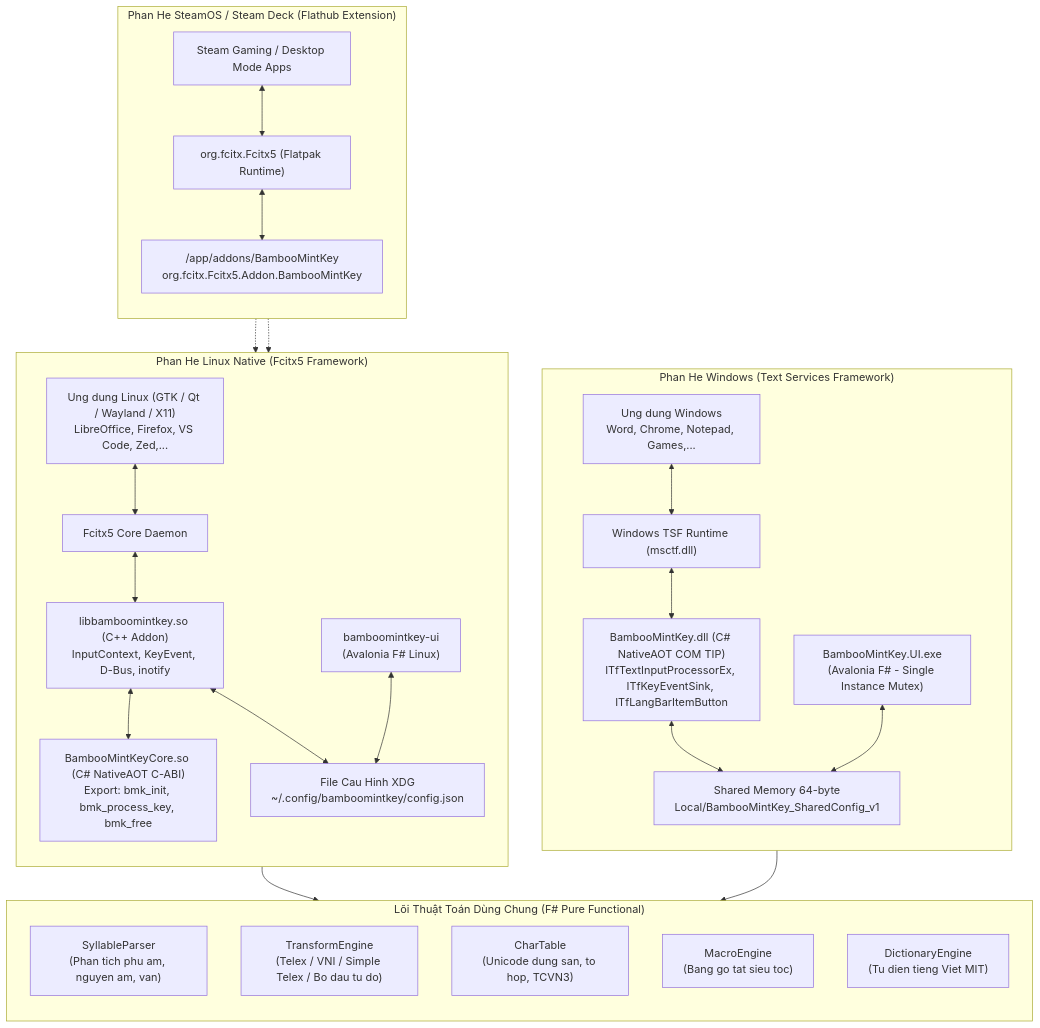
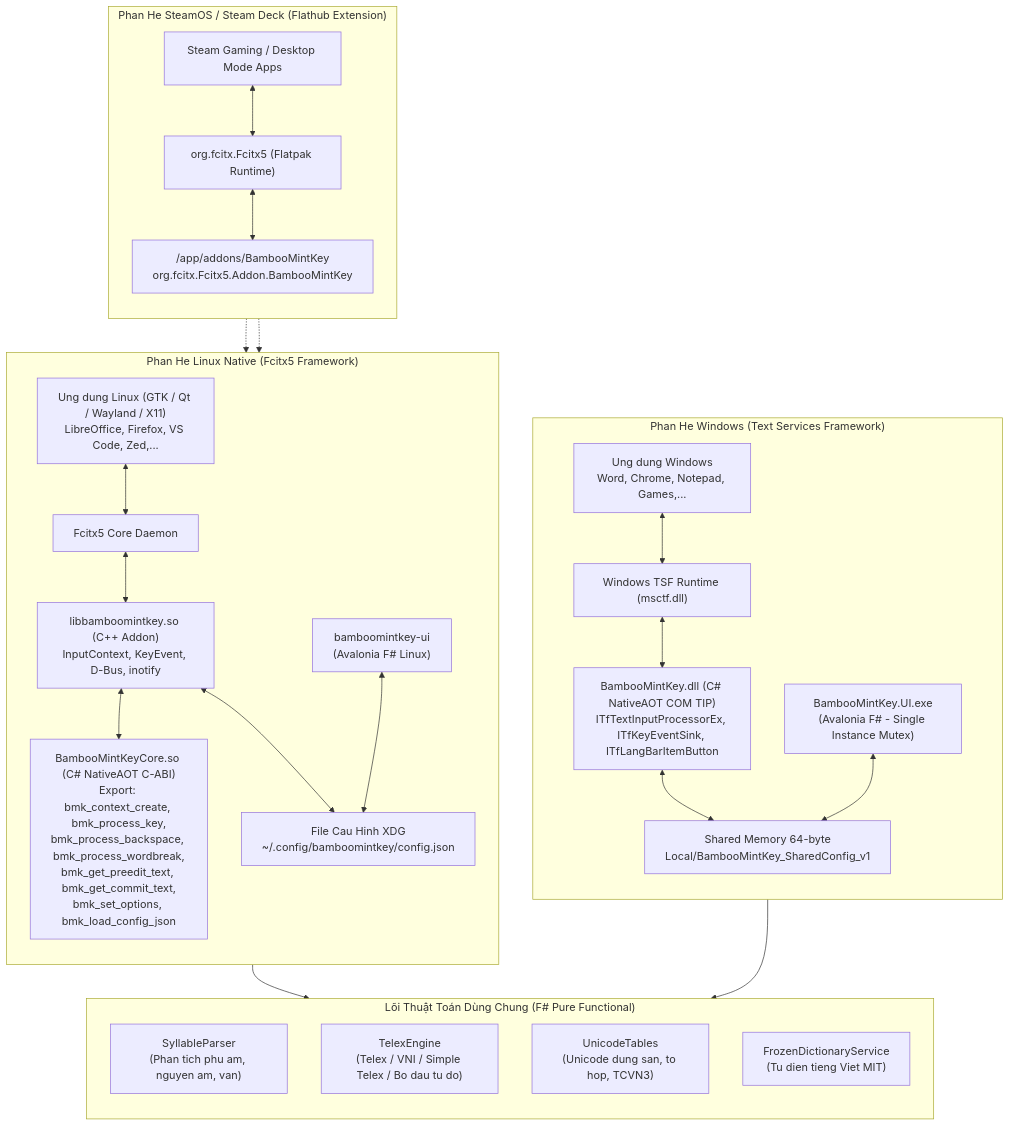
One commit to thatislg/BambooMintKey changed the first of 4 diagrams in docs/SYSTEM_ARCHITECTURE.md. Above: the diagram before and after it, drawn with Mermaid. The commit also changed other lines of this file and 2 other files, not shown here.

Commit message:
Update tài liệu README, ARCHITECT, RESEARCH

````diff
--- a/docs/SYSTEM_ARCHITECTURE.md
+++ b/docs/SYSTEM_ARCHITECTURE.md
@@ -34,56 +34,55 @@
 ```mermaid
 flowchart TB
     subgraph CoreEngine ["Lõi Thuật Toán Dùng Chung (F# Pure Functional)"]
         direction TB
         SyllableParser["SyllableParser<br/>(Phan tich phu am, nguyen am, van)"]
-        TransformEngine["TransformEngine<br/>(Telex / VNI / Simple Telex / Bo dau tu do)"]
-        CharTable["CharTable<br/>(Unicode dung san, to hop, TCVN3)"]
-        MacroEngine["MacroEngine<br/>(Bang go tat sieu toc)"]
-        Dictionary["DictionaryEngine<br/>(Tu dien tieng Viet MIT)"]
+        TelexEngine["TelexEngine<br/>(Telex / VNI / Simple Telex / Bo dau tu do)"]
+        UnicodeTables["UnicodeTables<br/>(Unicode dung san, to hop, TCVN3)"]
+        FrozenDictionary["FrozenDictionaryService<br/>(Tu dien tieng Viet MIT)"]
     end
 
     subgraph WindowsPlatform ["Phan He Windows (Text Services Framework)"]
         direction TB
         MsCtf["Windows TSF Runtime (msctf.dll)"]
         NativeBridge["BambooMintKey.dll (C# NativeAOT COM TIP)<br/>ITfTextInputProcessorEx, ITfKeyEventSink, ITfLangBarItemButton"]
         WinSharedMem["Shared Memory 64-byte<br/>Local/BambooMintKey_SharedConfig_v1"]
         WinUI["BambooMintKey.UI.exe<br/>(Avalonia F# - Single Instance Mutex)"]
         WindowsApps["Ung dung Windows<br/>Word, Chrome, Notepad, Games,..."]
 
         WindowsApps <--> MsCtf
         MsCtf <--> NativeBridge
         NativeBridge <--> WinSharedMem
         WinUI <--> WinSharedMem
     end
 
     subgraph LinuxPlatform ["Phan He Linux Native (Fcitx5 Framework)"]
         direction TB
         Fcitx5Core["Fcitx5 Core Daemon"]
-        CoreNativeSo["BambooMintKeyCore.so (C# NativeAOT C-ABI)<br/>Export: bmk_init, bmk_process_key, bmk_free"]
+        CoreNativeSo["BambooMintKeyCore.so (C# NativeAOT C-ABI)<br/>Export: bmk_context_create, bmk_process_key,<br/>bmk_process_backspace, bmk_process_wordbreak,<br/>bmk_get_preedit_text, bmk_get_commit_text,<br/>bmk_set_options, bmk_load_config_json"]
         Fcitx5Addon["libbamboomintkey.so (C++ Addon)<br/>InputContext, KeyEvent, D-Bus, inotify"]
         LinuxConfig["File Cau Hinh XDG<br/>~/.config/bamboomintkey/config.json"]
         LinuxUI["bamboomintkey-ui<br/>(Avalonia F# Linux)"]
         LinuxApps["Ung dung Linux (GTK / Qt / Wayland / X11)<br/>LibreOffice, Firefox, VS Code, Zed,..."]
 
         LinuxApps <--> Fcitx5Core
         Fcitx5Core <--> Fcitx5Addon
         Fcitx5Addon <--> CoreNativeSo
         Fcitx5Addon <--> LinuxConfig
         LinuxUI <--> LinuxConfig
     end
 
     subgraph SteamDeckPlatform ["Phan He SteamOS / Steam Deck (Flathub Extension)"]
         direction TB
         SteamFcitx5["org.fcitx.Fcitx5 (Flatpak Runtime)"]
         FlatpakAddon["/app/addons/BambooMintKey<br/>org.fcitx.Fcitx5.Addon.BambooMintKey"]
         SteamApps["Steam Gaming / Desktop Mode Apps"]
 
         SteamApps <--> SteamFcitx5
         SteamFcitx5 <--> FlatpakAddon
     end
 
     NativeBridge --> CoreEngine
     CoreNativeSo --> CoreEngine
     FlatpakAddon -.-> CoreNativeSo
     FlatpakAddon -.-> Fcitx5Addon
 ```
````
